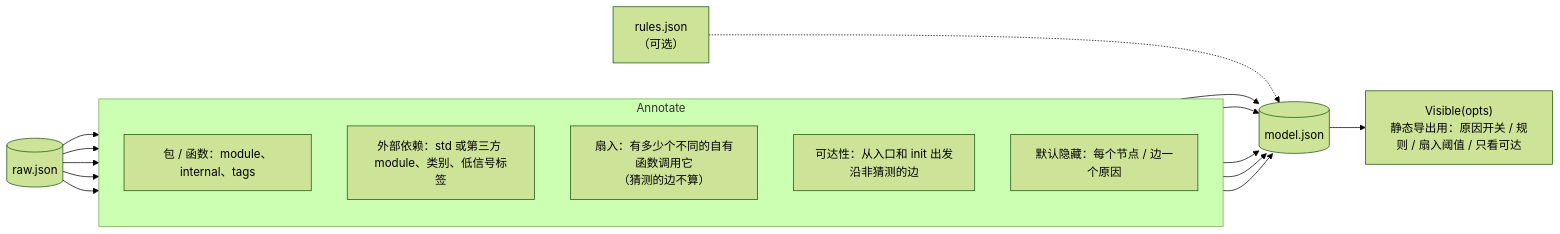
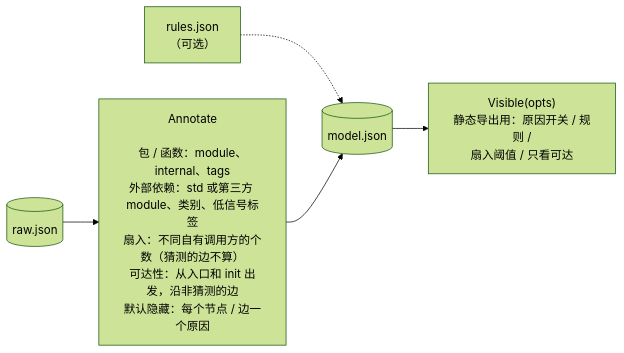
Before and after one commit to hangyu629/calltrail: the fifth of 9 diagrams in docs/architecture.md, drawn with Mermaid (forest theme). The commit also changed other lines of this file, not shown here.

First line of the commit message:
docs: simplify the architecture diagrams

````diff
--- a/docs/architecture.md
+++ b/docs/architecture.md
@@ -225,30 +185,13 @@
 ```mermaid
 flowchart LR
     RAW[("raw.json")]
+    ANN["Annotate<br/><br/>包 / 函数：module、internal、tags<br/>外部依赖：std 或第三方 module、类别、低信号标签<br/>扇入：不同自有调用方的个数（猜测的边不算）<br/>可达性：从入口和 init 出发，沿非猜测的边<br/>默认隐藏：每个节点 / 边一个原因"]
     RULEFILE["rules.json<br/>（可选）"]
+    MODEL[("model.json")]
+    VIS["Visible(opts)<br/>静态导出用：原因开关 / 规则 /<br/>扇入阈值 / 只看可达"]
 
-    subgraph ANN["Annotate"]
-        direction TB
-        N1["包 / 函数：module、internal、tags"]
-        N2["外部依赖：std 或第三方 module、类别、低信号标签"]
-        N3["扇入：有多少个不同的自有函数调用它<br/>（猜测的边不算）"]
-        N4["可达性：从入口和 init 出发<br/>沿非猜测的边"]
-        N5["默认隐藏：每个节点 / 边一个原因"]
-    end
-
-    MODEL[("model.json")]
-    VIS["Visible(opts)<br/>静态导出用：原因开关 / 规则 / 扇入阈值 / 只看可达"]
-
-    RAW --> N1
-    RAW --> N2
-    RAW --> N3
-    RAW --> N4
-    RAW --> N5
+    RAW --> ANN
     RULEFILE -.-> MODEL
-    N1 --> MODEL
-    N2 --> MODEL
-    N3 --> MODEL
-    N4 --> MODEL
-    N5 --> MODEL
+    ANN --> MODEL
     MODEL --> VIS
 ```
````
